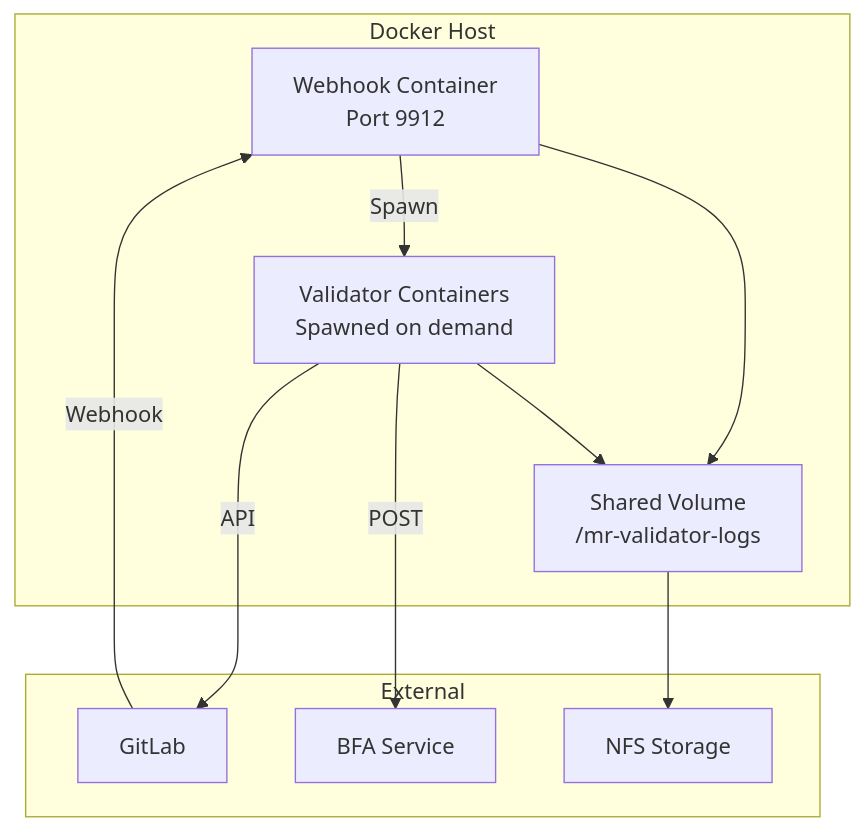
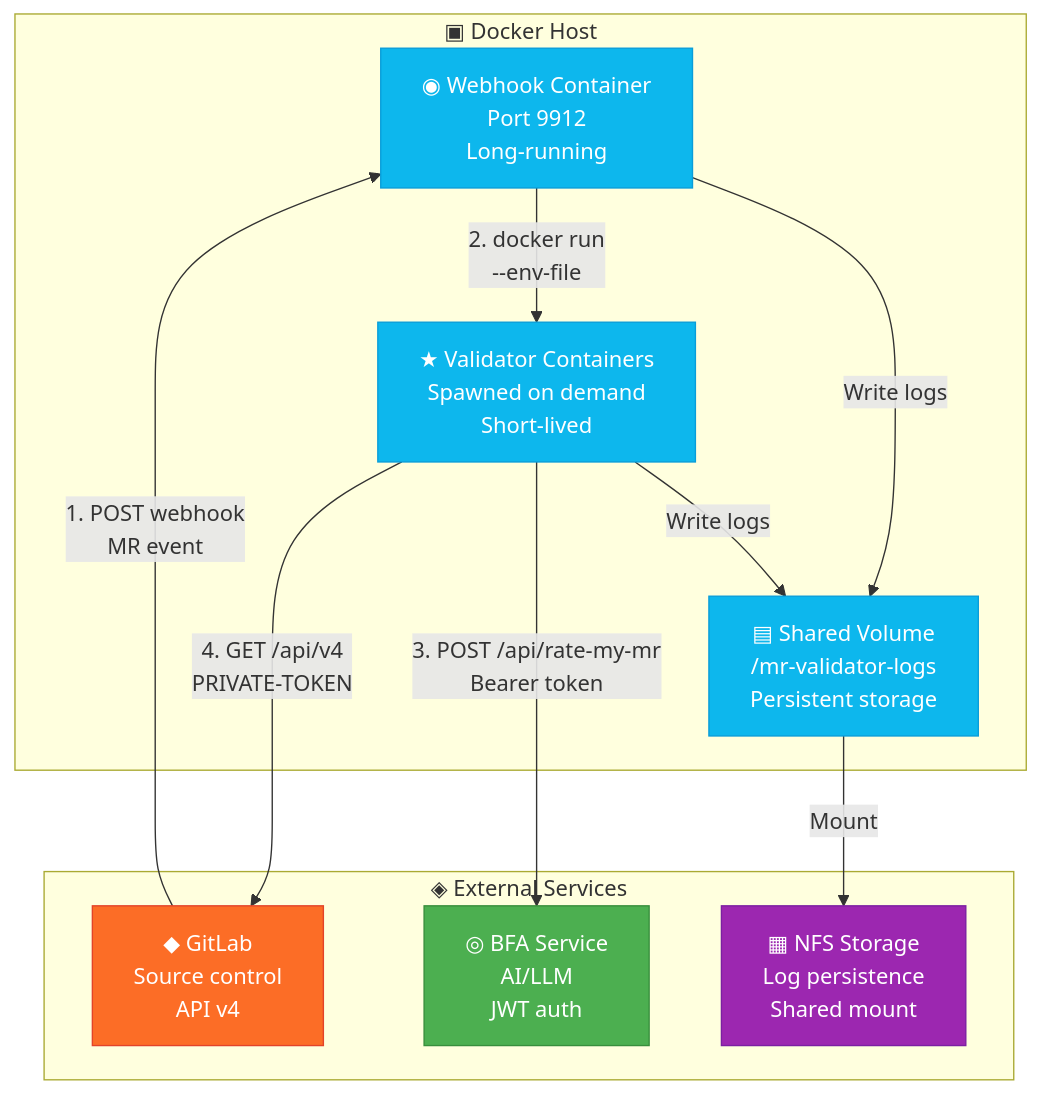
Before and after one commit to vigneshpalanivelr/commit-validator: the first of 3 diagrams in OPERATIONS.md, drawn with Mermaid. The commit also changed other lines of this file and 1 other file, not shown here.

First line of the commit message:
Enhance mermaid diagrams with colors and details in OPERATIONS.md and README.md

````diff
--- a/OPERATIONS.md
+++ b/OPERATIONS.md
@@ -42,22 +42,33 @@
 ```mermaid
 flowchart TB
-    subgraph Host["Docker Host"]
-        A[Webhook Container<br/>Port 9912]
-        B[Validator Containers<br/>Spawned on demand]
-        C[Shared Volume<br/>/mr-validator-logs]
+    subgraph Host["▣ Docker Host"]
+        A[◉ Webhook Container<br/>Port 9912<br/>Long-running]
+        B[★ Validator Containers<br/>Spawned on demand<br/>Short-lived]
+        C[▤ Shared Volume<br/>/mr-validator-logs<br/>Persistent storage]
     end
 
-    subgraph External
-        D[GitLab]
-        E[BFA Service]
-        F[NFS Storage]
+    subgraph External["◈ External Services"]
+        D[◆ GitLab<br/>Source control<br/>API v4]
+        E[◎ BFA Service<br/>AI/LLM<br/>JWT auth]
+        F[▦ NFS Storage<br/>Log persistence<br/>Shared mount]
     end
 
-    D -->|Webhook| A
-    A -->|Spawn| B
-    B -->|POST| E
-    B -->|API| D
-    A --> C
-    B --> C
-    C --> F
+    D -->|"1. POST webhook<br/>MR event"| A
+    A -->|"2. docker run<br/>--env-file"| B
+    B -->|"3. POST /api/rate-my-mr<br/>Bearer token"| E
+    B -->|"4. GET /api/v4<br/>PRIVATE-TOKEN"| D
+    A -->|"Write logs"| C
+    B -->|"Write logs"| C
+    C -->|"Mount"| F
+
+    classDef host fill:#0db7ed,color:#fff,stroke:#099dd9
+    classDef external fill:#f9a825,color:#fff,stroke:#f57f17
+    classDef gitlab fill:#fc6d26,color:#fff,stroke:#e24329
+    classDef bfa fill:#4caf50,color:#fff,stroke:#388e3c
+    classDef storage fill:#9c27b0,color:#fff,stroke:#7b1fa2
+
+    class A,B,C host
+    class D gitlab
+    class E bfa
+    class F storage
 ```
````
